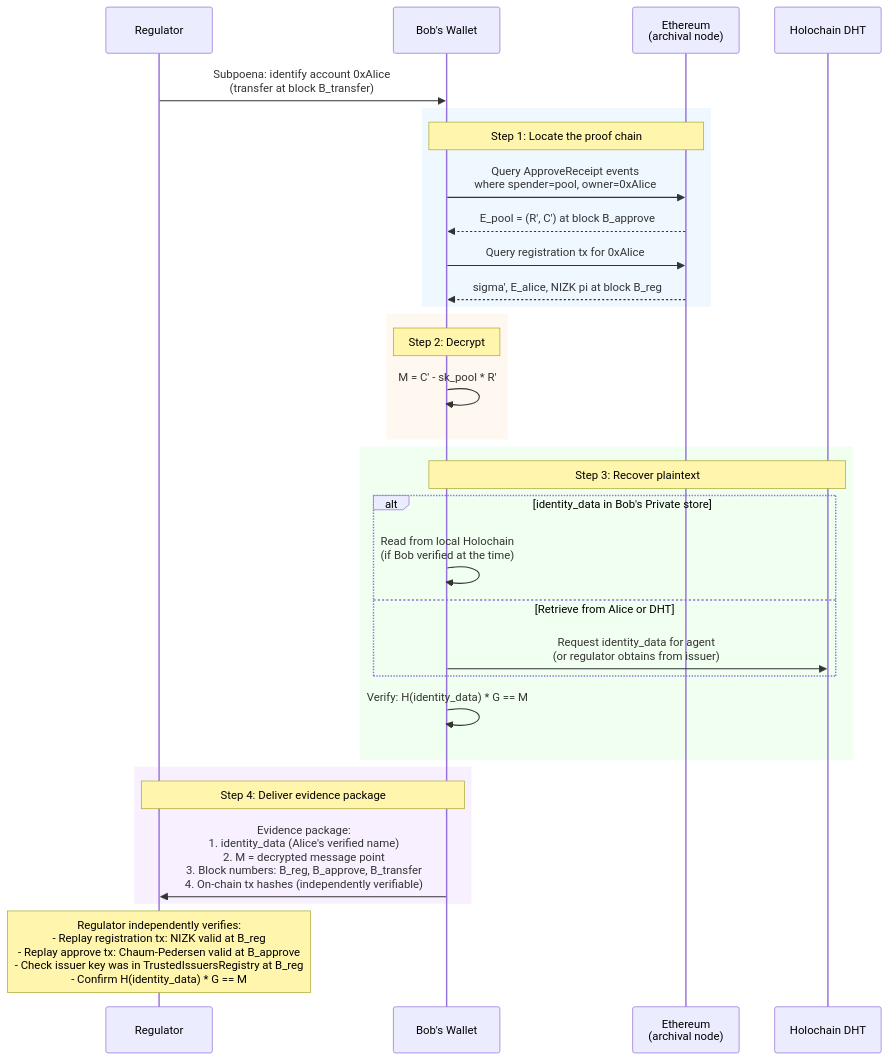
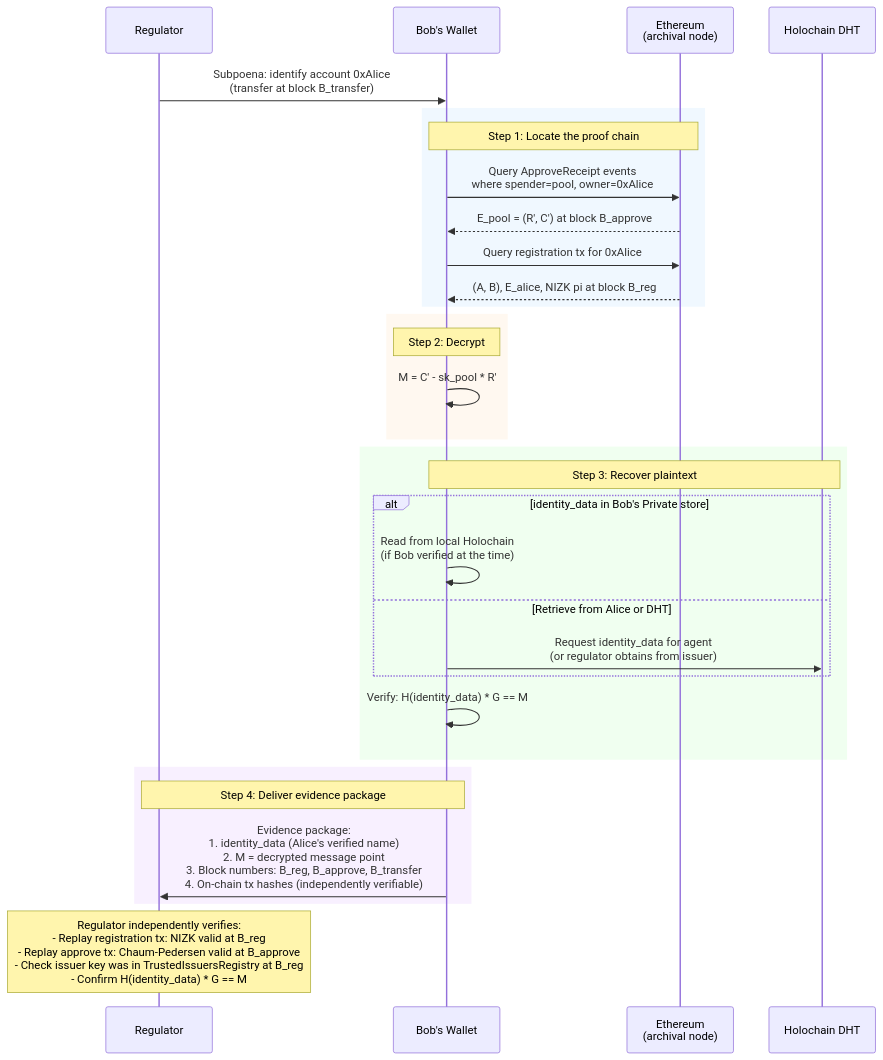
Before and after one commit to alberta-buck/alberta-buck: the fifth of 5 diagrams in alberta-buck-identity-example.org, drawn with Mermaid. The commit also changed other lines of this file and 8 other files, not shown here.

```diff
--- a/alberta-buck-identity-example.org
+++ b/alberta-buck-identity-example.org
@@ -359,39 +359,39 @@
     #+BEGIN_SRC mermaid :file ./images/subpoena-flow.png
     sequenceDiagram
         participant R as Regulator
         participant BW as Bob's Wallet
         participant ETH as Ethereum<br/>(archival node)
         participant HC as Holochain DHT
 
         R->>BW: Subpoena: identify account 0xAlice<br/>(transfer at block B_transfer)
 
         rect rgb(240, 248, 255)
         Note over BW,ETH: Step 1: Locate the proof chain
         BW->>ETH: Query ApproveReceipt events<br/>where spender=pool, owner=0xAlice
         ETH-->>BW: E_pool = (R', C') at block B_approve
         BW->>ETH: Query registration tx for 0xAlice
-        ETH-->>BW: sigma', E_alice, NIZK pi at block B_reg
+        ETH-->>BW: (A, B), E_alice, NIZK pi at block B_reg
         end
 
         rect rgb(255, 248, 240)
         Note over BW: Step 2: Decrypt
         BW->>BW: M = C' - sk_pool * R'
         end
 
         rect rgb(240, 255, 240)
         Note over BW,HC: Step 3: Recover plaintext
         alt identity_data in Bob's Private store
             BW->>BW: Read from local Holochain<br/>(if Bob verified at the time)
         else Retrieve from Alice or DHT
             BW->>HC: Request identity_data for agent<br/>(or regulator obtains from issuer)
         end
         BW->>BW: Verify: H(identity_data) * G == M
         end
 
         rect rgb(248, 240, 255)
         Note over BW,R: Step 4: Deliver evidence package
         BW->>R: Evidence package:<br/>1. identity_data (Alice's verified name)<br/>2. M = decrypted message point<br/>3. Block numbers: B_reg, B_approve, B_transfer<br/>4. On-chain tx hashes (independently verifiable)
         end
 
         Note over R: Regulator independently verifies:<br/>- Replay registration tx: NIZK valid at B_reg<br/>- Replay approve tx: Chaum-Pedersen valid at B_approve<br/>- Check issuer key was in TrustedIssuersRegistry at B_reg<br/>- Confirm H(identity_data) * G == M
     #+END_SRC
```
